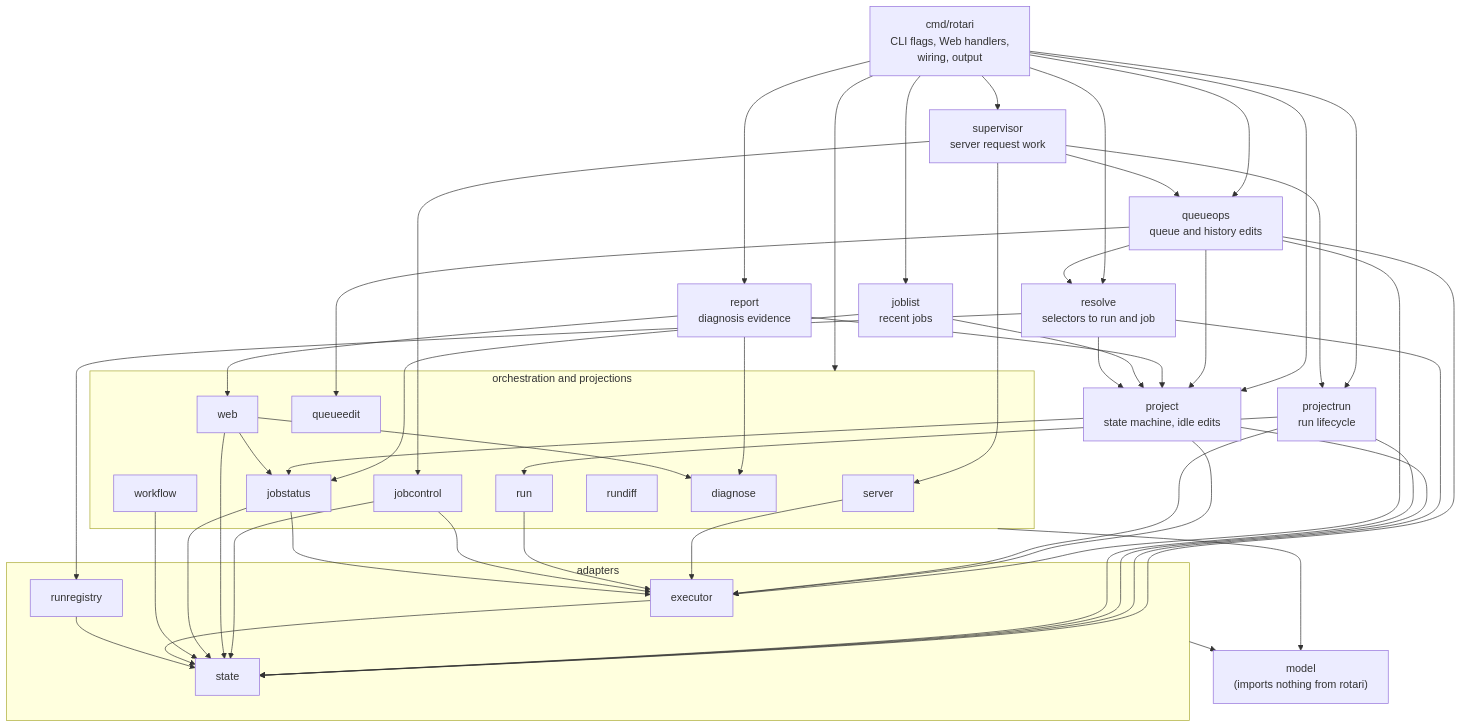
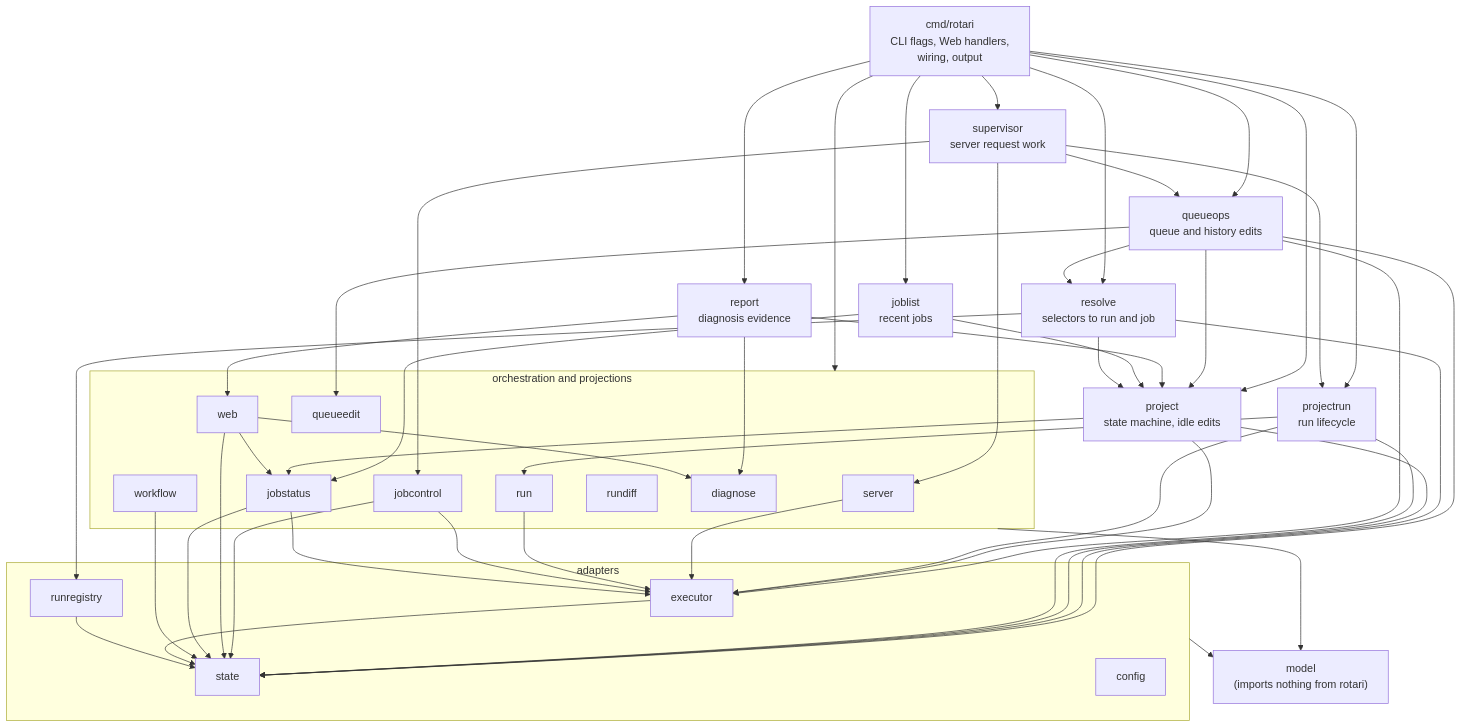
Before and after one commit to kamo-naoyuki/rotari: the second of 2 diagrams in docs/ARCHITECTURE.md, drawn with Mermaid. The commit also changed other lines of this file and 11 other files, not shown here.

````diff
--- a/docs/ARCHITECTURE.md
+++ b/docs/ARCHITECTURE.md
@@ -96,74 +96,75 @@
 ```mermaid
 flowchart TB
   cmd["cmd/rotari<br/>CLI flags, Web handlers,<br/>wiring, output"]
   projectrun["projectrun<br/>run lifecycle"]
   project["project<br/>state machine, idle edits"]
   resolve["resolve<br/>selectors to run and job"]
   queueops["queueops<br/>queue and history edits"]
   report["report<br/>diagnosis evidence"]
   joblist["joblist<br/>recent jobs"]
   supervisor["supervisor<br/>server request work"]
   subgraph l2["orchestration and projections"]
     server
     run
     jobcontrol
     web
     jobstatus
     workflow
     queueedit
     rundiff
     diagnose
   end
   subgraph l1["adapters"]
     executor
     state
     runregistry
+    config
   end
   model["model<br/>(imports nothing from rotari)"]
 
   cmd --> projectrun
   cmd --> project
   cmd --> resolve
   cmd --> queueops
   queueops --> project
   queueops --> resolve
   queueops --> queueedit
   queueops --> executor
   queueops --> state
   cmd --> report
   report --> web
   report --> project
   report --> diagnose
   cmd --> joblist
   joblist --> jobstatus
   joblist --> project
   cmd --> supervisor
   supervisor --> server
   supervisor --> queueops
   supervisor --> projectrun
   supervisor --> jobcontrol
   resolve --> project
   resolve --> runregistry
   resolve --> state
   project --> jobstatus
   project --> executor
   project --> state
   cmd --> l2
   projectrun --> run
   projectrun --> executor
   projectrun --> state
   server --> executor
   run --> executor
   jobcontrol --> executor
   jobcontrol --> state
   web --> jobstatus
   web --> diagnose
   web --> state
   jobstatus --> executor
   jobstatus --> state
   workflow --> state
   executor --> state
   runregistry --> state
   l1 --> model
   l2 --> model
 ```
````
